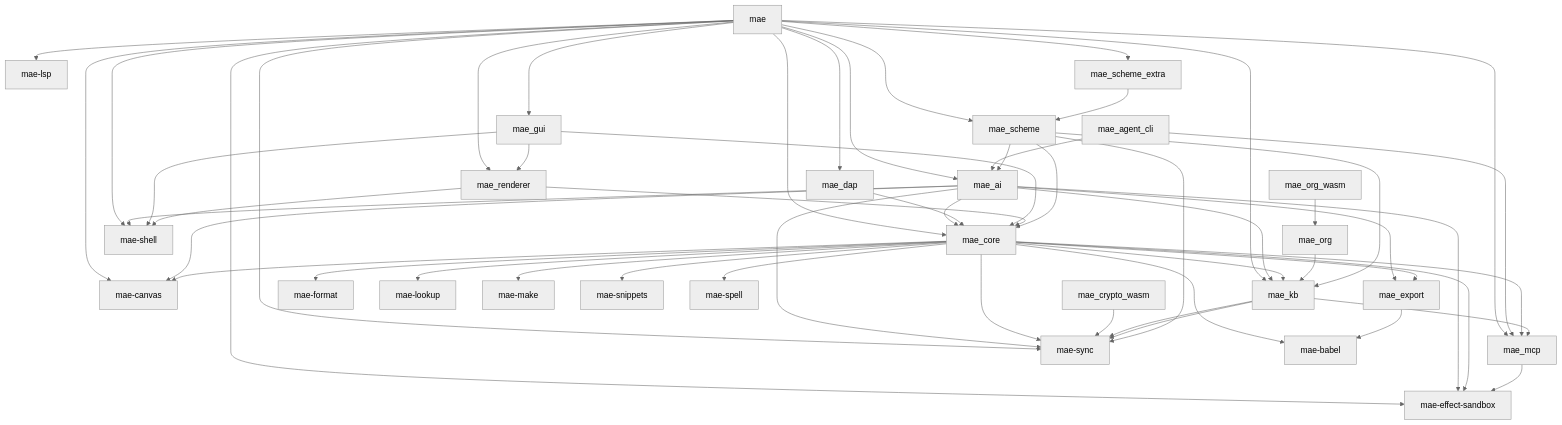
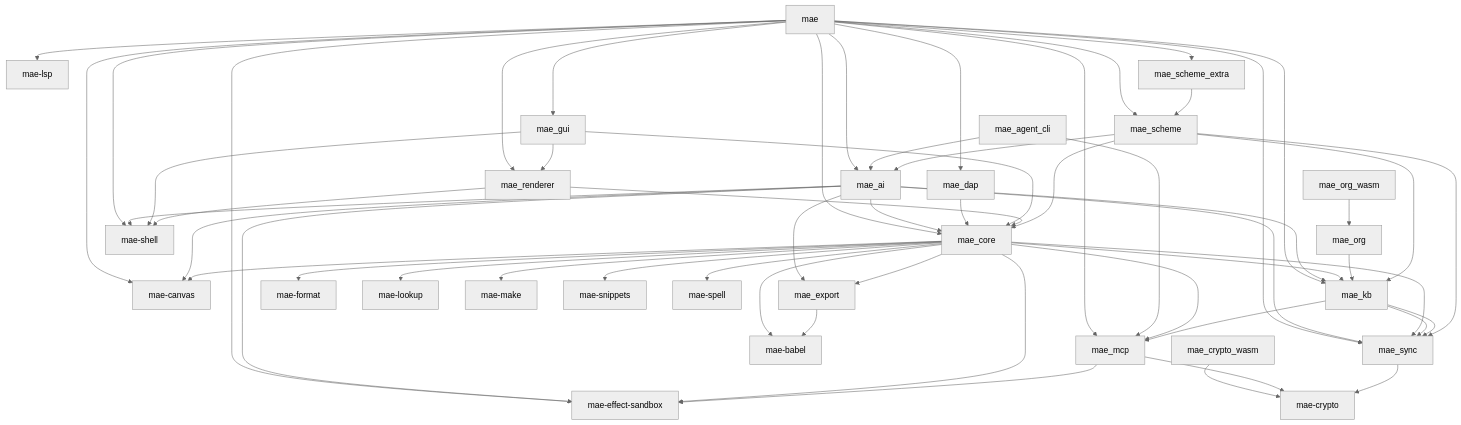
Before and after one commit to cuttlefisch/mae: the diagram in docs/CODE_MAP.md, drawn with Mermaid (neutral theme). The commit also changed other lines of this file and 33 other files, not shown here.

First line of the commit message:
feat(crypto): mae-crypto, one no-I/O crypto crate, and its WASM facade

````diff
--- a/docs/CODE_MAP.md
+++ b/docs/CODE_MAP.md
@@ -7,68 +7,70 @@
 ```mermaid
 graph TD
     mae --> mae_ai
     mae --> mae_canvas
     mae --> mae_core
     mae --> mae_dap
     mae --> mae_effect_sandbox
     mae --> mae_gui
     mae --> mae_kb
     mae --> mae_lsp
     mae --> mae_mcp
     mae --> mae_renderer
     mae --> mae_scheme
     mae --> mae_scheme_extra
     mae --> mae_shell
     mae --> mae_sync
     mae_agent_cli --> mae_ai
     mae_agent_cli --> mae_mcp
     mae_ai --> mae_canvas
     mae_ai --> mae_core
     mae_ai --> mae_effect_sandbox
     mae_ai --> mae_export
     mae_ai --> mae_kb
     mae_ai --> mae_shell
     mae_ai --> mae_sync
     mae_babel[mae-babel]
     mae_canvas[mae-canvas]
     mae_core --> mae_babel
     mae_core --> mae_canvas
     mae_core --> mae_effect_sandbox
     mae_core --> mae_export
     mae_core --> mae_format
     mae_core --> mae_kb
     mae_core --> mae_lookup
     mae_core --> mae_make
     mae_core --> mae_snippets
     mae_core --> mae_spell
     mae_core --> mae_sync
     mae_core --> mae_mcp
-    mae_crypto_wasm --> mae_sync
+    mae_crypto[mae-crypto]
+    mae_crypto_wasm --> mae_crypto
     mae_dap --> mae_core
     mae_effect_sandbox[mae-effect-sandbox]
     mae_export --> mae_babel
     mae_format[mae-format]
     mae_gui --> mae_core
     mae_gui --> mae_renderer
     mae_gui --> mae_shell
     mae_kb --> mae_mcp
     mae_kb --> mae_sync
     mae_kb --> mae_sync
     mae_lookup[mae-lookup]
     mae_lsp[mae-lsp]
     mae_make[mae-make]
+    mae_mcp --> mae_crypto
     mae_mcp --> mae_effect_sandbox
     mae_org --> mae_kb
     mae_org_wasm --> mae_org
     mae_renderer --> mae_core
     mae_renderer --> mae_shell
     mae_scheme --> mae_ai
     mae_scheme --> mae_core
     mae_scheme --> mae_kb
     mae_scheme --> mae_sync
     mae_scheme_extra --> mae_scheme
     mae_shell[mae-shell]
     mae_snippets[mae-snippets]
     mae_spell[mae-spell]
-    mae_sync[mae-sync]
+    mae_sync --> mae_crypto
 ```
````
